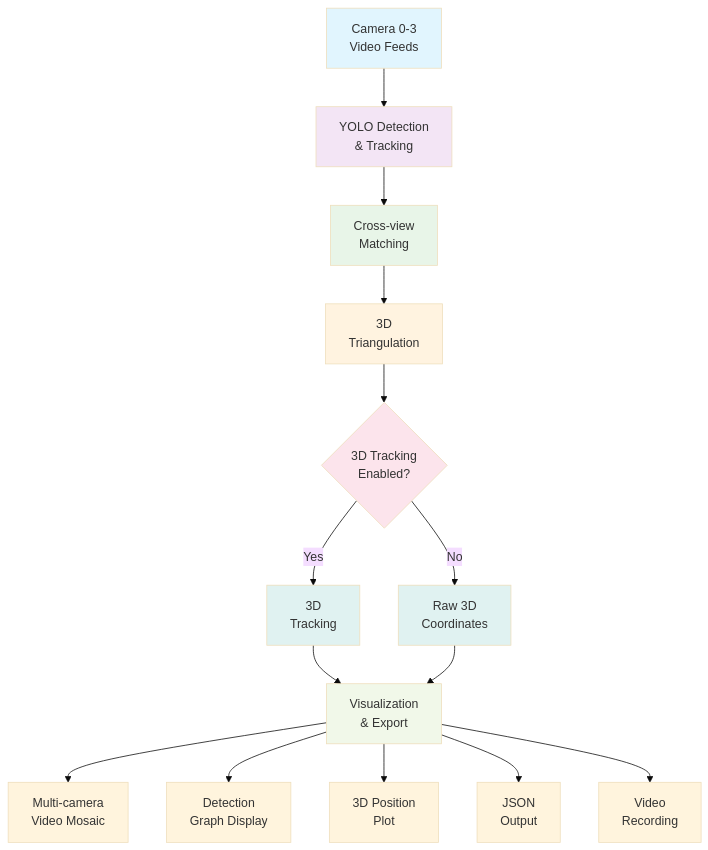
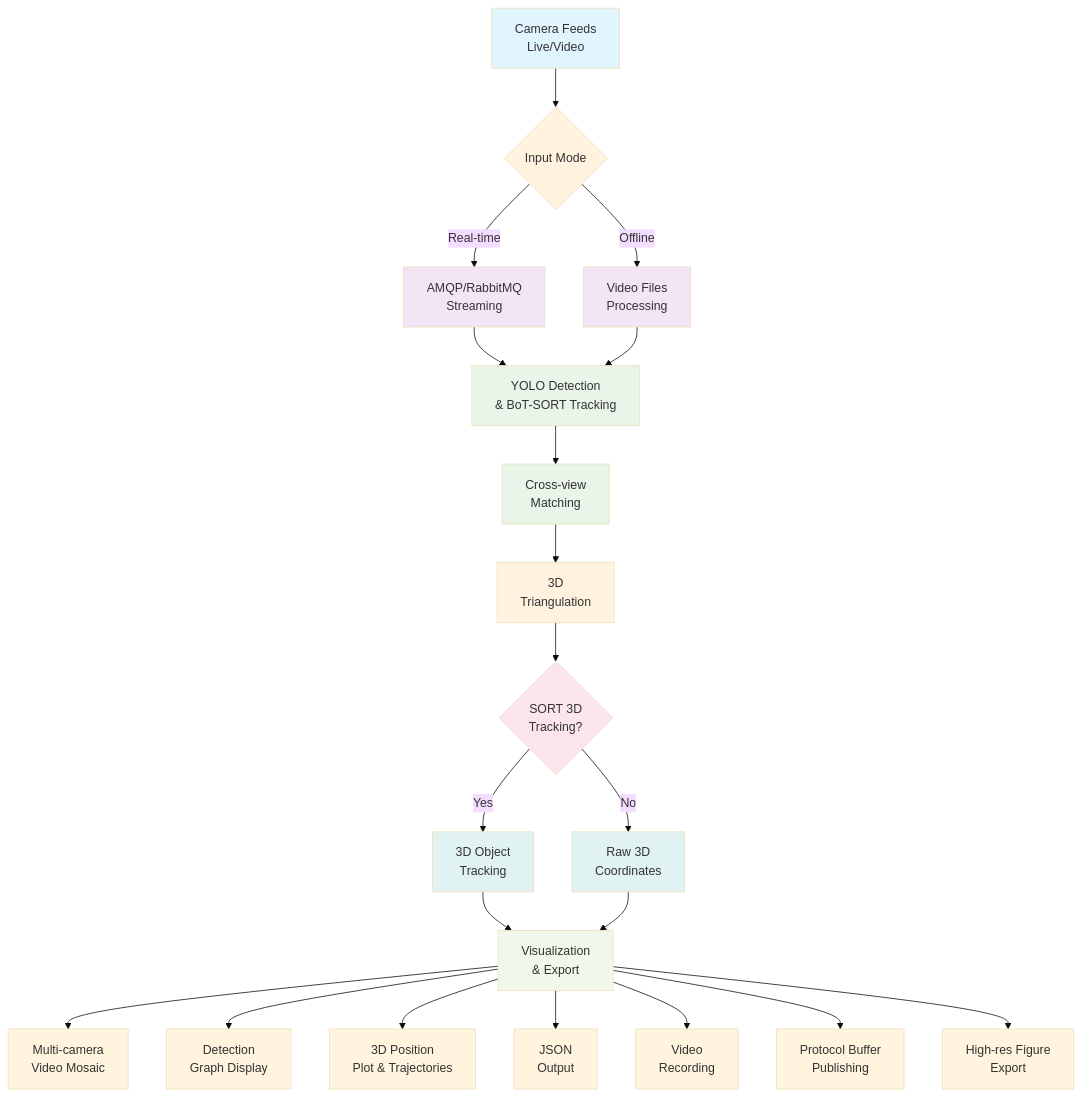
One commit to labvisio/Multi-Object-Triangulation-and-3D-Footprint-Tracking changed the diagram in README.md. Above: the diagram before and after it, drawn with Mermaid (base theme). The commit also changed other lines of this file and 6 other files, not shown here.

````diff
--- a/README.md
+++ b/README.md
@@ -41,25 +44,34 @@
 ```mermaid
 graph TD
-    A[Camera 0-3<br/>Video Feeds] --> B[YOLO Detection<br/>& Tracking]
-    B --> C[Cross-view<br/>Matching]
-    C --> D[3D<br/>Triangulation]
-    D --> E{3D Tracking<br/>Enabled?}
-    E -->|Yes| F[3D<br/>Tracking]
-    E -->|No| G[Raw 3D<br/>Coordinates]
-    F --> H[Visualization<br/>& Export]
-    G --> H
-    H --> I[Multi-camera<br/>Video Mosaic]
-    H --> J[Detection<br/>Graph Display]
-    H --> K[3D Position<br/>Plot]
-    H --> L[JSON<br/>Output]
-    H --> M[Video<br/>Recording]
+    A[Camera Feeds<br/>Live/Video] --> B{Input Mode}
+    B -->|Real-time| C[AMQP/RabbitMQ<br/>Streaming]
+    B -->|Offline| D[Video Files<br/>Processing]
+    C --> E[YOLO Detection<br/>& BoT-SORT Tracking]
+    D --> E
+    E --> F[Cross-view<br/>Matching]
+    F --> G[3D<br/>Triangulation]
+    G --> H{SORT 3D<br/>Tracking?}
+    H -->|Yes| I[3D Object<br/>Tracking]
+    H -->|No| J[Raw 3D<br/>Coordinates]
+    I --> K[Visualization<br/>& Export]
+    J --> K
+    K --> L[Multi-camera<br/>Video Mosaic]
+    K --> M[Detection<br/>Graph Display]
+    K --> N[3D Position<br/>Plot & Trajectories]
+    K --> O[JSON<br/>Output]
+    K --> P[Video<br/>Recording]
+    K --> Q[Protocol Buffer<br/>Publishing]
+    K --> R[High-res Figure<br/>Export]
     
     style A fill:#e1f5fe
-    style B fill:#f3e5f5
-    style C fill:#e8f5e8
-    style D fill:#fff3e0
-    style E fill:#fce4ec
-    style F fill:#e0f2f1
-    style G fill:#e0f2f1
-    style H fill:#f1f8e9
+    style B fill:#fff3e0
+    style C fill:#f3e5f5
+    style D fill:#f3e5f5
+    style E fill:#e8f5e8
+    style F fill:#e8f5e8
+    style G fill:#fff3e0
+    style H fill:#fce4ec
+    style I fill:#e0f2f1
+    style J fill:#e0f2f1
+    style K fill:#f1f8e9
 ```
````
